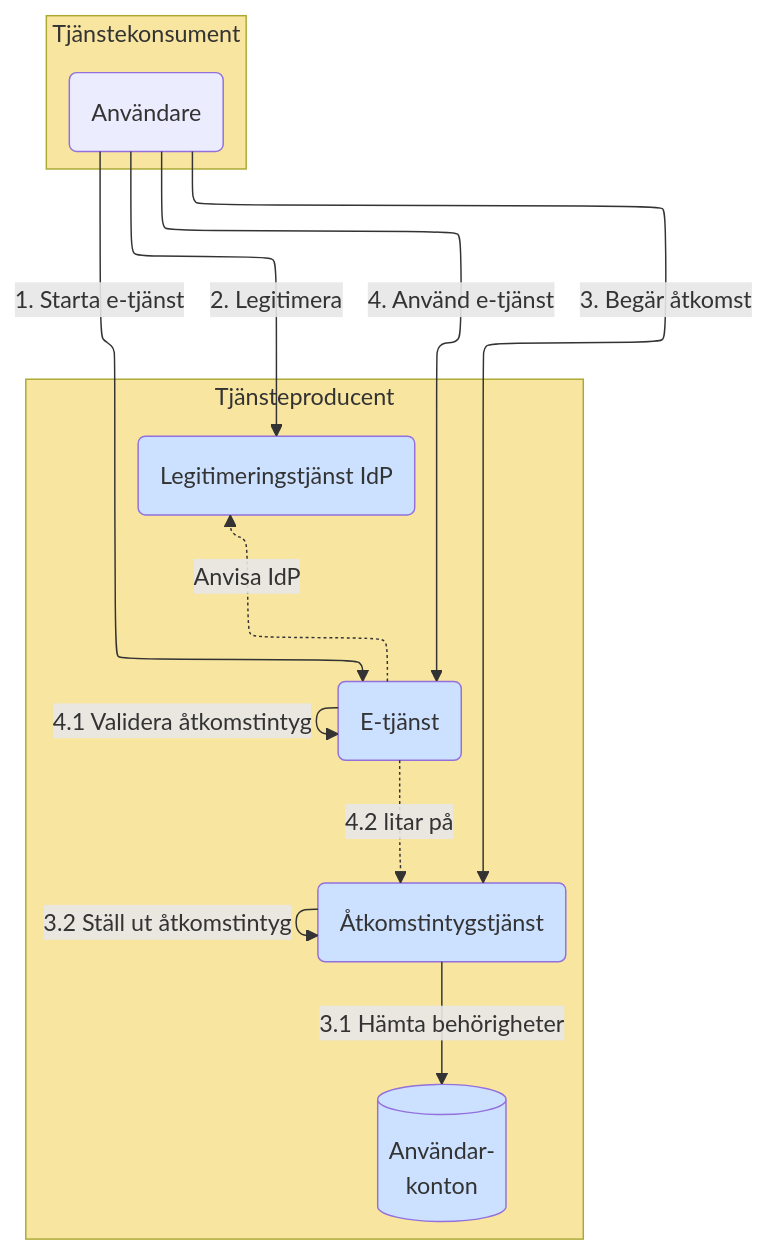
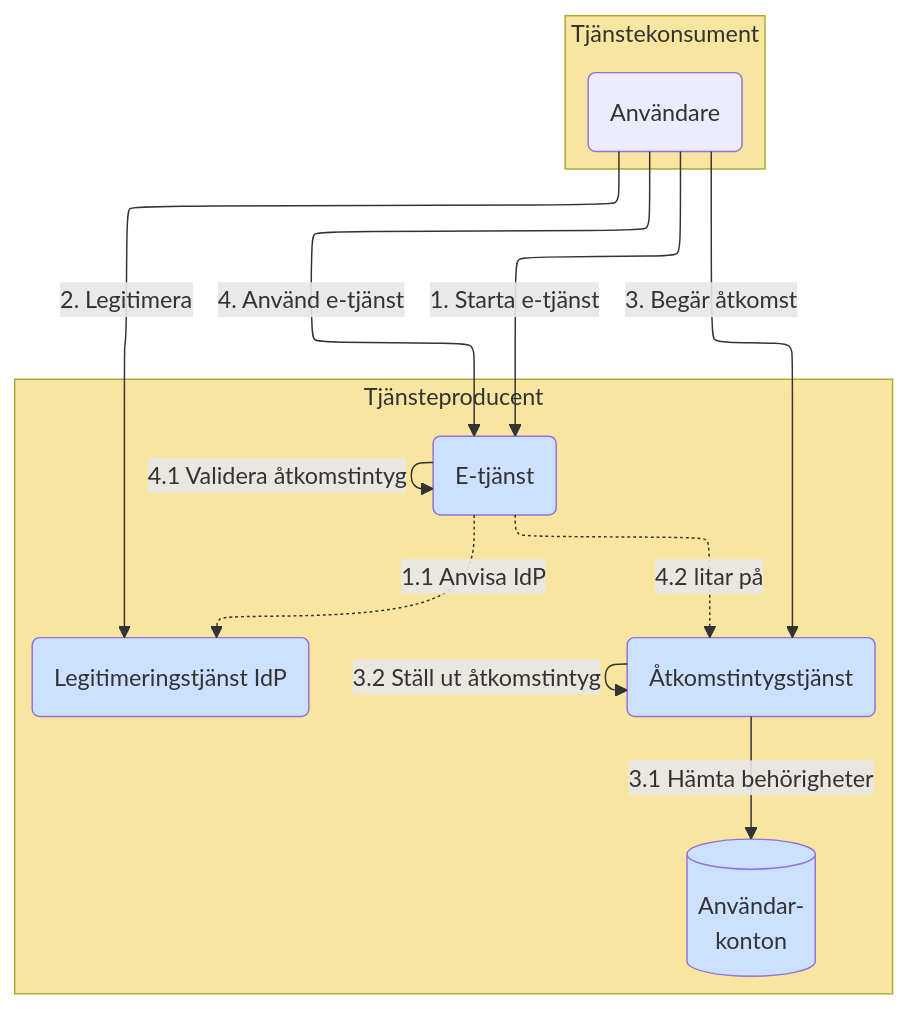
The seventh of 10 diagrams in architecture/drafts/IAM_TargetArchitecture_Sweden.md (diggsweden/ena-authorization), drawn with Mermaid before and after one commit. The commit also changed other lines of this file, not shown here.

````diff
--- a/architecture/drafts/IAM_TargetArchitecture_Sweden.md
+++ b/architecture/drafts/IAM_TargetArchitecture_Sweden.md
@@ -249,32 +240,30 @@
 ```mermaid
 %%{init: {"flowchart": {"defaultRenderer": "elk"}} }%%
 graph 
 classDef org fill:#F8E5A0
 classDef comp fill:#CCE1FF
 classDef box fill:#ffffff,stroke:#000000
 
 subgraph po[Tjänsteproducent]
     p(E-tjänst):::comp
     idp(Legitimeringstjänst IdP):::comp
     as(Åtkomstintygstjänst):::comp
     udb[(Användar-<br>konton)]:::comp
 end
 po:::org
 
 subgraph co[Tjänstekonsument]
     u(Användare)
 end
 co:::org
 
-idp ~~~ p
-
 u--<p>1. Starta e-tjänst-->p
-p-.Anvisa IdP.->idp
+p-.<p>1#46;1 Anvisa IdP.->idp
 u--<p>2. Legitimera-->idp
 u--<p>3. Begär åtkomst-->as
 as--<p>3.1 Hämta behörigheter-->udb
 as--<p>3.2 Ställ ut åtkomstintyg-->as
 u--<p>4. Använd e-tjänst-->p
 p--<p>4.1 Validera åtkomstintyg-->p
 p-.<p>4#46;2 litar på.->as
 ```
````
